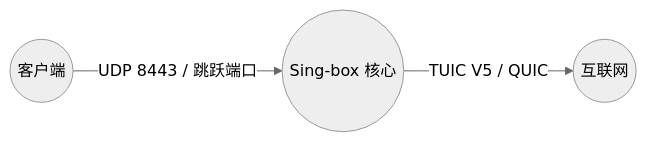
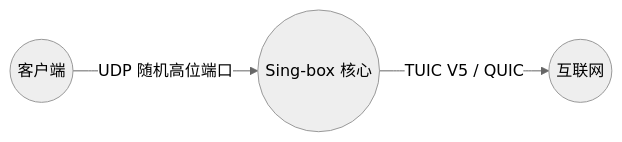
One commit to currycan/key changed the third of 14 diagrams in docker/sb-xray/docs/02-protocols-and-security.md. Above: the diagram before and after it, drawn with Mermaid (neutral theme). The commit also changed other lines of this file and 2 other files, not shown here.

````diff
--- a/docker/sb-xray/docs/02-protocols-and-security.md
+++ b/docker/sb-xray/docs/02-protocols-and-security.md
@@ -184,5 +166,5 @@
 ```mermaid
 graph LR
-    User((客户端)) -- "UDP 8443 / 跳跃端口" --> Singbox(("Sing-box 核心"))
+    User((客户端)) -- "UDP 随机高位端口" --> Singbox(("Sing-box 核心"))
     Singbox -- "TUIC V5 / QUIC" --> Internet((互联网))
 ```
````
